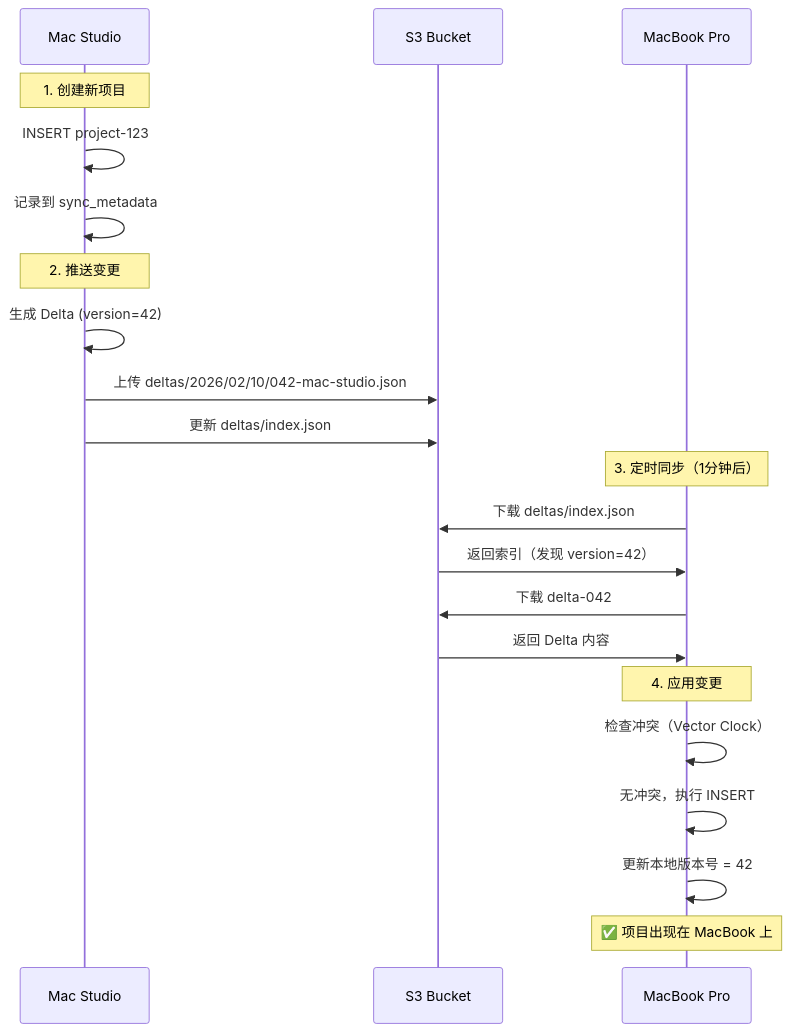
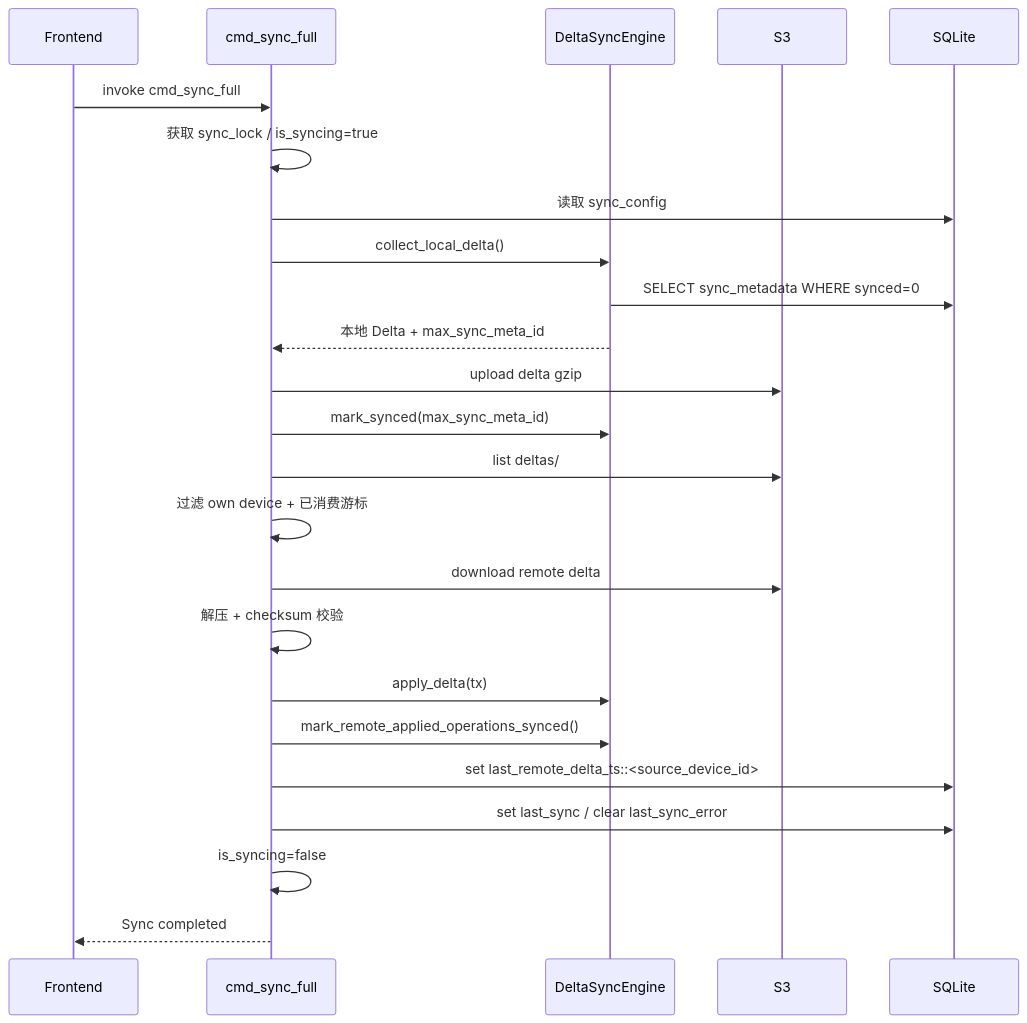
Before and after one commit to nickdu2009/projex: the second of 3 diagrams in docs/SYNC_EXPLAINED.md, drawn with Mermaid. The commit also changed other lines of this file and 21 other files, not shown here.

````diff
--- a/docs/SYNC_EXPLAINED.md
+++ b/docs/SYNC_EXPLAINED.md
@@ -54,28 +88,30 @@
 ```mermaid
 sequenceDiagram
-    participant A as Mac Studio
-    participant S3 as S3 Bucket
-    participant B as MacBook Pro
-    
-    Note over A: 1. 创建新项目
-    A->>A: INSERT project-123
-    A->>A: 记录到 sync_metadata
-    
-    Note over A: 2. 推送变更
-    A->>A: 生成 Delta (version=42)
-    A->>S3: 上传 deltas/2026/02/10/042-mac-studio.json
-    A->>S3: 更新 deltas/index.json
-    
-    Note over B: 3. 定时同步（1分钟后）
-    B->>S3: 下载 deltas/index.json
-    S3->>B: 返回索引（发现 version=42）
-    B->>S3: 下载 delta-042
-    S3->>B: 返回 Delta 内容
-    
-    Note over B: 4. 应用变更
-    B->>B: 检查冲突（Vector Clock）
-    B->>B: 无冲突，执行 INSERT
-    B->>B: 更新本地版本号 = 42
-    
-    Note over B: ✅ 项目出现在 MacBook 上
+  participant UI as Frontend
+  participant Cmd as cmd_sync_full
+  participant Engine as DeltaSyncEngine
+  participant S3 as S3
+  participant DB as SQLite
+
+  UI->>Cmd: invoke cmd_sync_full
+  Cmd->>Cmd: 获取 sync_lock / is_syncing=true
+  Cmd->>DB: 读取 sync_config
+
+  Cmd->>Engine: collect_local_delta()
+  Engine->>DB: SELECT sync_metadata WHERE synced=0
+  Engine-->>Cmd: 本地 Delta + max_sync_meta_id
+  Cmd->>S3: upload delta gzip
+  Cmd->>Engine: mark_synced(max_sync_meta_id)
+
+  Cmd->>S3: list deltas/
+  Cmd->>Cmd: 过滤 own device + 已消费游标
+  Cmd->>S3: download remote delta
+  Cmd->>Cmd: 解压 + checksum 校验
+  Cmd->>Engine: apply_delta(tx)
+  Cmd->>Engine: mark_remote_applied_operations_synced()
+  Cmd->>DB: set last_remote_delta_ts::<source_device_id>
+
+  Cmd->>DB: set last_sync / clear last_sync_error
+  Cmd->>Cmd: is_syncing=false
+  Cmd-->>UI: Sync completed
 ```
````
